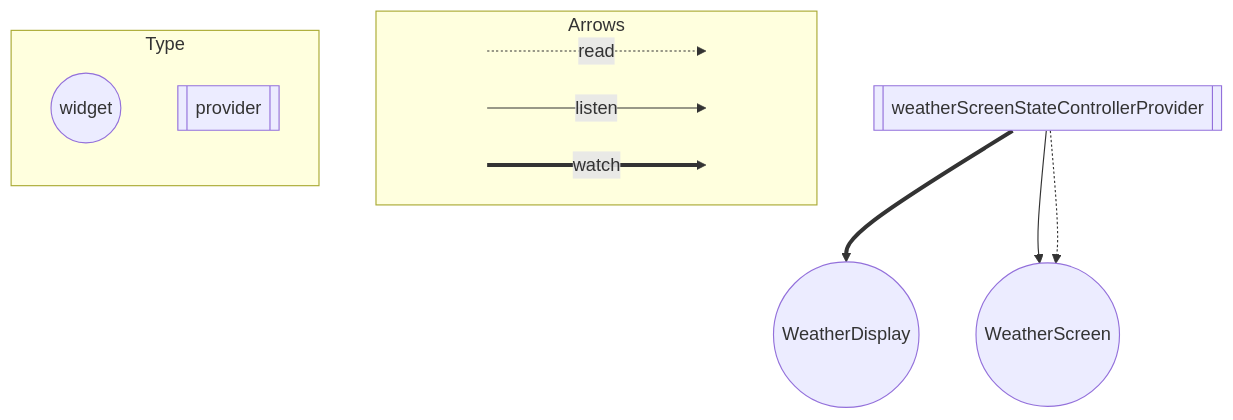
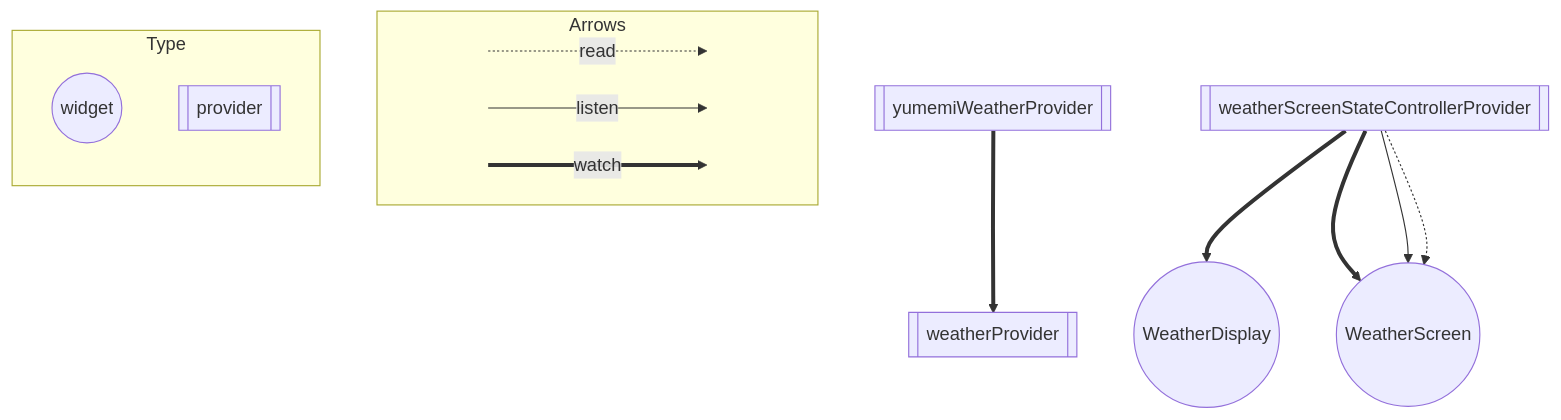
Before and after one commit to yuk1ch1/flutter-training-20240325: the diagram in ARCHITECTURE.md, drawn with Mermaid.

Commit message:
chore: ARCHITECTURE.mdを最新版に修正

````diff
--- a/ARCHITECTURE.md
+++ b/ARCHITECTURE.md
@@ -15,28 +15,32 @@
 ```mermaid
 flowchart TB
   subgraph Arrows
     direction LR
     start1[ ] -..->|read| stop1[ ]
     style start1 height:0px;
     style stop1 height:0px;
     start2[ ] --->|listen| stop2[ ]
     style start2 height:0px;
     style stop2 height:0px;
     start3[ ] ===>|watch| stop3[ ]
     style start3 height:0px;
     style stop3 height:0px;
   end
   subgraph Type
     direction TB
     ConsumerWidget((widget));
     Provider[[provider]];
   end
 
+  weatherProvider[["weatherProvider"]];
+  yumemiWeatherProvider[["yumemiWeatherProvider"]];
   weatherScreenStateControllerProvider[["weatherScreenStateControllerProvider"]];
   WeatherDisplay((WeatherDisplay));
   WeatherScreen((WeatherScreen));
 
   weatherScreenStateControllerProvider ==> WeatherDisplay;
+  weatherScreenStateControllerProvider ==> WeatherScreen;
   weatherScreenStateControllerProvider --> WeatherScreen;
   weatherScreenStateControllerProvider -.-> WeatherScreen;
+  yumemiWeatherProvider ==> weatherProvider;
 ```
````
